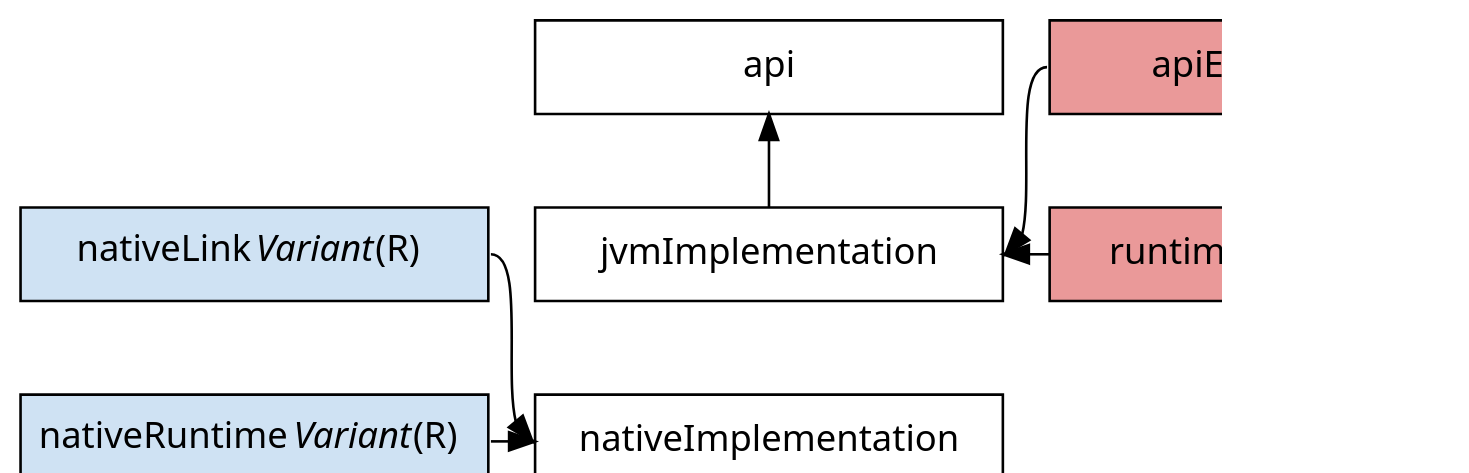
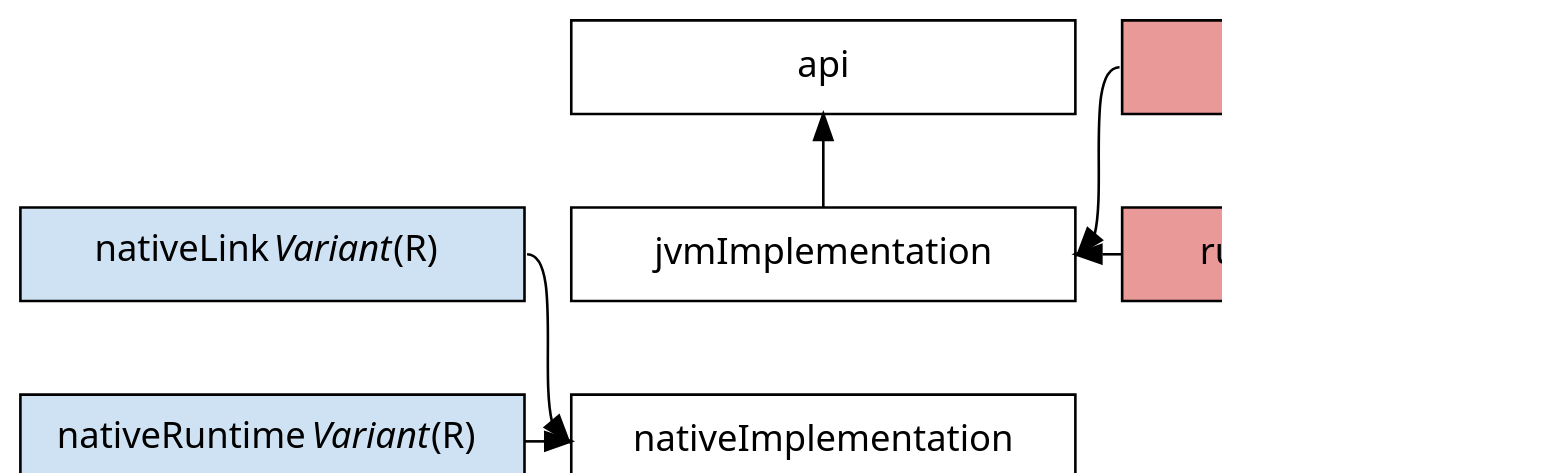
One commit to nokeedev/gradle-native changed the diagram in subprojects/docs/src/docs/manual/img/jni-library-configurations.dot. Above: the diagram before and after it, drawn with Graphviz.

Commit message:
Fix configuration image in JNI library plugin chapter

```diff
--- a/subprojects/docs/src/docs/manual/img/jni-library-configurations.dot
+++ b/subprojects/docs/src/docs/manual/img/jni-library-configurations.dot
@@ -1,36 +1,36 @@
 digraph jniLibraryConfigurations {
 	graph [ dpi = 100, fontname="Sans"];
 	node [fontname = "Sans"];
 	edge [fontname = "Sans"];
-	node [shape=rectangle, fixedsize=true, width=2.5, height=0.5];
+	node [shape=rectangle, fixedsize=true, width=2.7, height=0.5];
 
 	subgraph central {
 		node[style=filled, fillcolor=white]
 		api -> jvmImplementation -> nativeImplementation [style=invis weight=1000]
 		jvmImplementation -> api [headport=s tailport=n]
 	}
 
 	subgraph left {
 		node[style=filled, fillcolor="#cfe2f3"]
 		nativeLink[label=<nativeLink<i>Variant</i> (R)>]
 		nativeRuntime[label=<nativeRuntime<i>Variant</i> (R)>]
 
 		nativeLink -> nativeRuntime [style=invis]
 	}
 
 	subgraph right {
 		node[style=filled, fillcolor="#ea9999"]
 		apiElements -> runtimeElements [style=invis]
 
 		apiElements[label="apiElements (C)"]
 		runtimeElements[label="runtimeElements (C)"]
 	}
 
 	// Ensure the order is preserved
 	{rank=same nativeImplementation nativeRuntime}
 	{rank=same nativeLink runtimeElements jvmImplementation}
 	nativeLink -> jvmImplementation -> runtimeElements [style=invis]
 
 	{nativeLink nativeRuntime} -> nativeImplementation [headport=w tailport=e]
 	{apiElements runtimeElements} -> jvmImplementation [headport=e tailport=w]
 }
```
